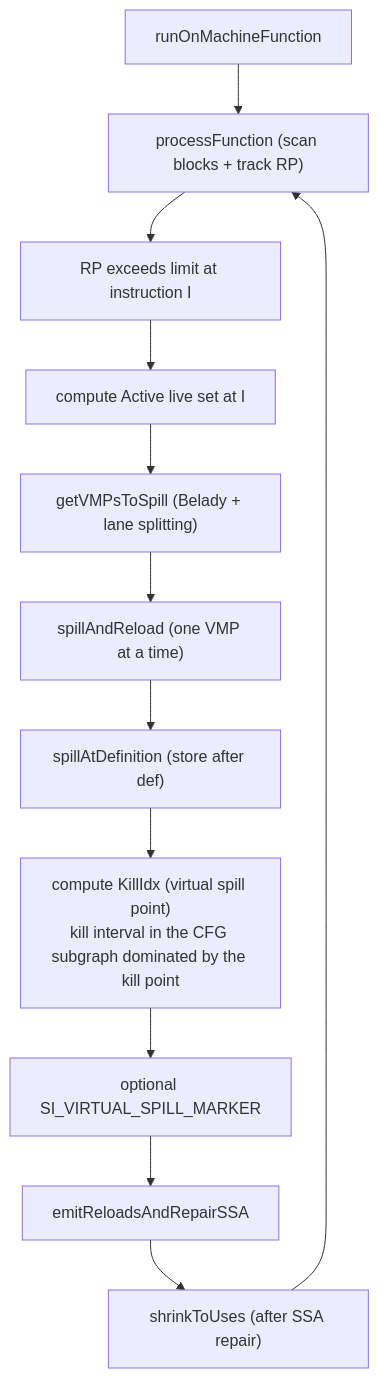
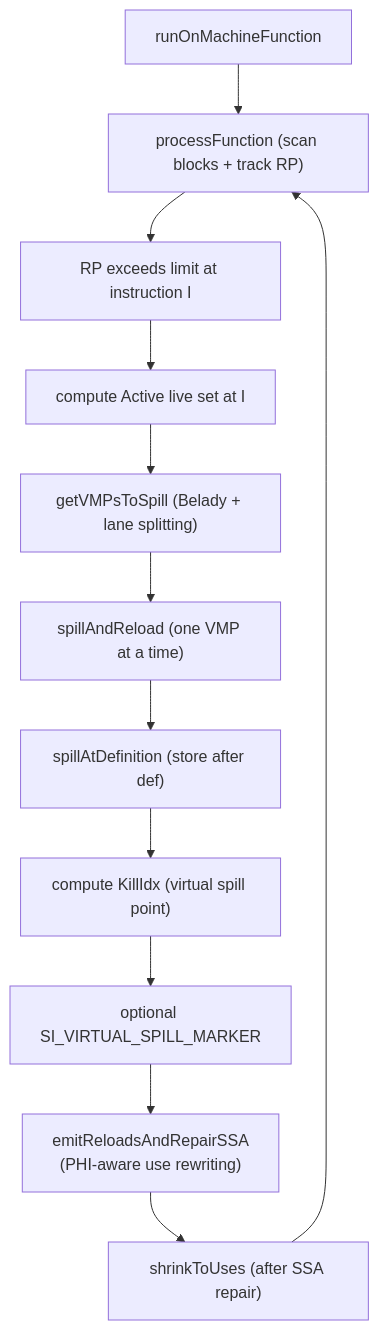
Before and after one commit to alex-t/ssa-spiller-docs: the second of 7 diagrams in SSA_Spiller/04-Design/SSA_SPILLER_DESIGN.md, drawn with Mermaid. The commit also changed other lines of this file and 3 other files, not shown here.

````diff
--- a/SSA_Spiller/04-Design/SSA_SPILLER_DESIGN.md
+++ b/SSA_Spiller/04-Design/SSA_SPILLER_DESIGN.md
@@ -117,14 +117,14 @@
 ```mermaid
 flowchart TD
   entry["runOnMachineFunction"] --> procFn["processFunction (scan blocks + track RP)"]
   procFn --> highRP["RP exceeds limit at instruction I"]
   highRP --> liveSet["compute Active live set at I"]
   liveSet --> pick["getVMPsToSpill (Belady + lane splitting)"]
   pick --> perVmp["spillAndReload (one VMP at a time)"]
   perVmp --> storeDef["spillAtDefinition (store after def)"]
-  storeDef --> killIdx["compute KillIdx (virtual spill point)<br/>kill interval in the CFG subgraph dominated by the kill point"]
+  storeDef --> killIdx["compute KillIdx (virtual spill point)"]
   killIdx --> marker["optional SI_VIRTUAL_SPILL_MARKER"]
-  marker --> reloads["emitReloadsAndRepairSSA"]
+  marker --> reloads["emitReloadsAndRepairSSA<br/>(PHI-aware use rewriting)"]
   reloads --> shrink["shrinkToUses (after SSA repair)"]
   shrink --> procFn
 ```
````
